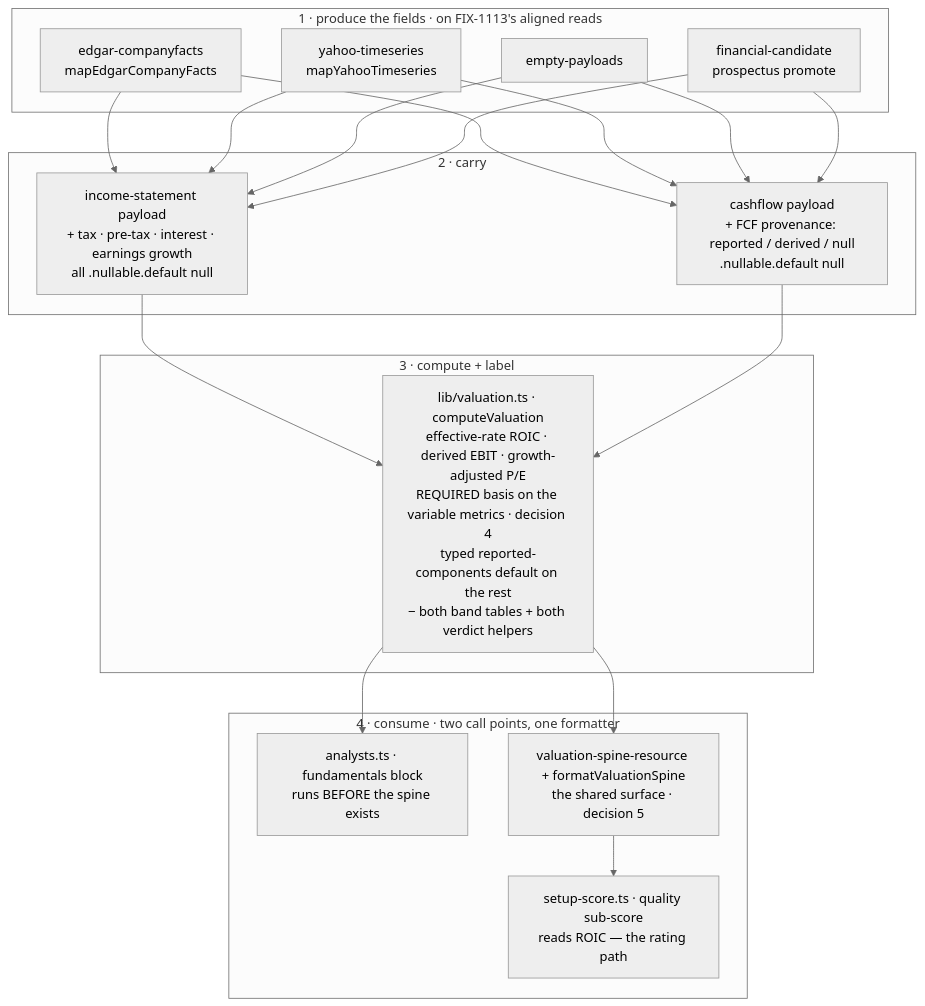
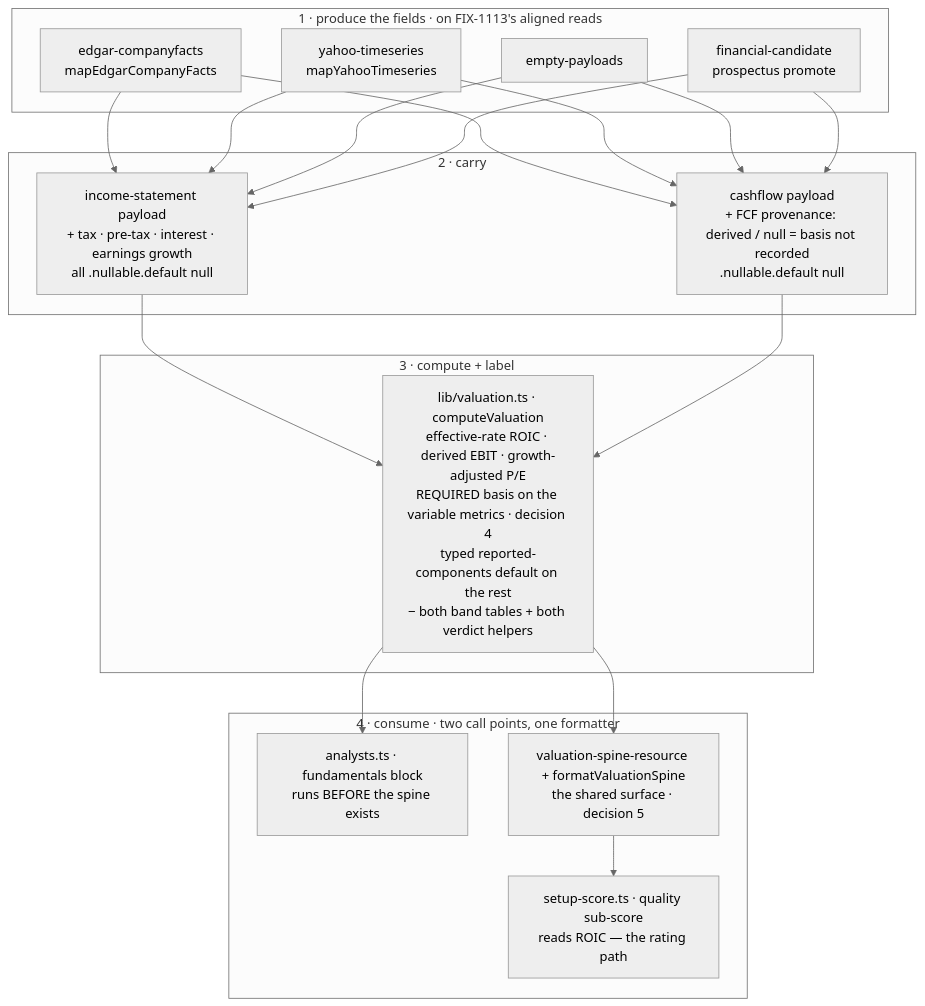
One commit to fixpoint-labs/flow-state-dev changed the diagram in spec/FIX-1064.md. Above: the diagram before and after it, drawn with Mermaid (neutral theme). The commit also changed other lines of this file, not shown here.

````diff
--- a/spec/FIX-1064.md
+++ b/spec/FIX-1064.md
@@ -377,25 +378,25 @@
 ```mermaid
 flowchart TB
   subgraph produce[1 · produce the fields · on FIX-1113's aligned reads]
     ED[edgar-companyfacts<br/>mapEdgarCompanyFacts]
     YA[yahoo-timeseries<br/>mapYahooTimeseries]
     EP[empty-payloads]
     PR[financial-candidate<br/>prospectus promote]
   end
   subgraph carry[2 · carry]
     IS[income-statement payload<br/>+ tax · pre-tax · interest · earnings growth<br/>all .nullable.default null]
-    CF[cashflow payload<br/>+ FCF provenance: reported / derived / null<br/>.nullable.default null]
+    CF[cashflow payload<br/>+ FCF provenance: derived / null = basis not recorded<br/>.nullable.default null]
   end
   subgraph compute[3 · compute + label]
     DV[lib/valuation.ts · computeValuation<br/>effective-rate ROIC · derived EBIT · growth-adjusted P/E<br/>REQUIRED basis on the variable metrics · decision 4<br/>typed reported-components default on the rest<br/>− both band tables + both verdict helpers]
   end
   subgraph consume[4 · consume · two call points, one formatter]
     AN[analysts.ts · fundamentals block<br/>runs BEFORE the spine exists]
     SP[valuation-spine-resource + formatValuationSpine<br/>the shared surface · decision 5]
     QS[setup-score.ts · quality sub-score<br/>reads ROIC — the rating path]
   end
   ED & YA & EP & PR --> IS --> DV
   ED & YA & EP & PR --> CF --> DV
   DV --> AN
   DV --> SP --> QS
 ```
````
